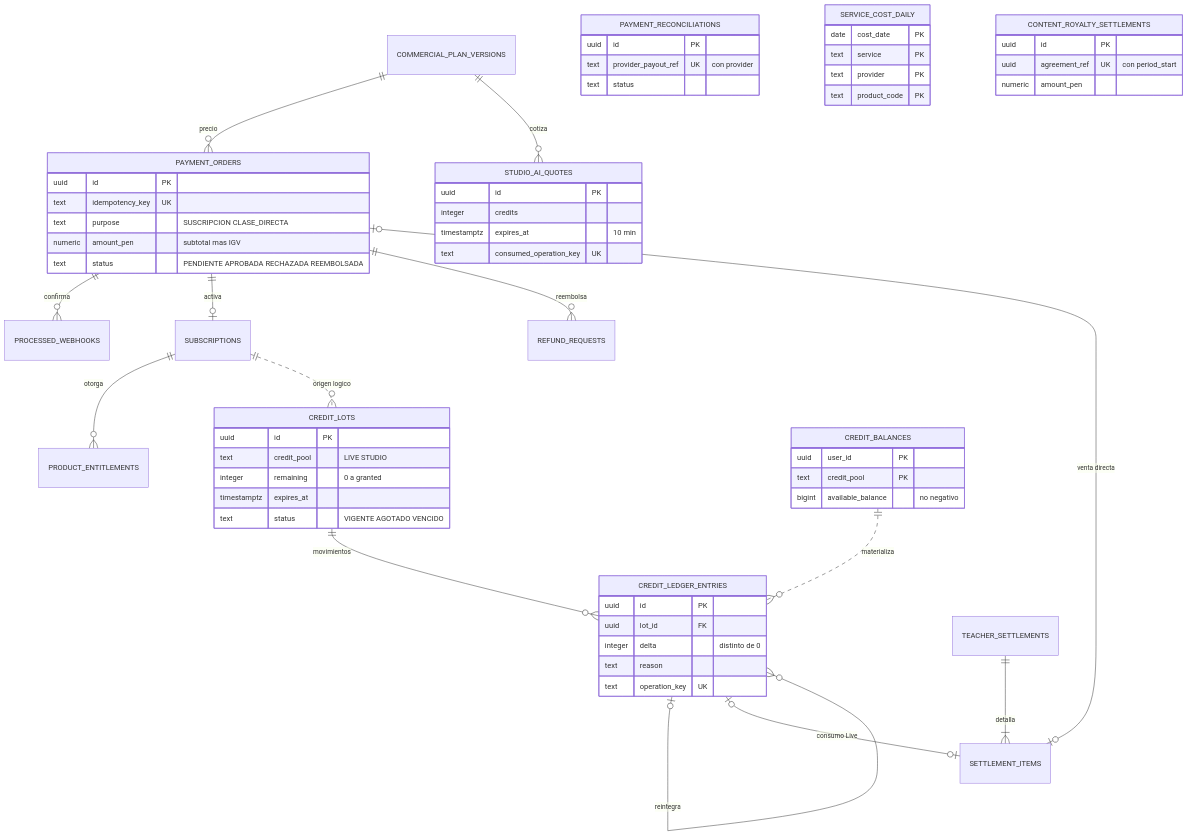
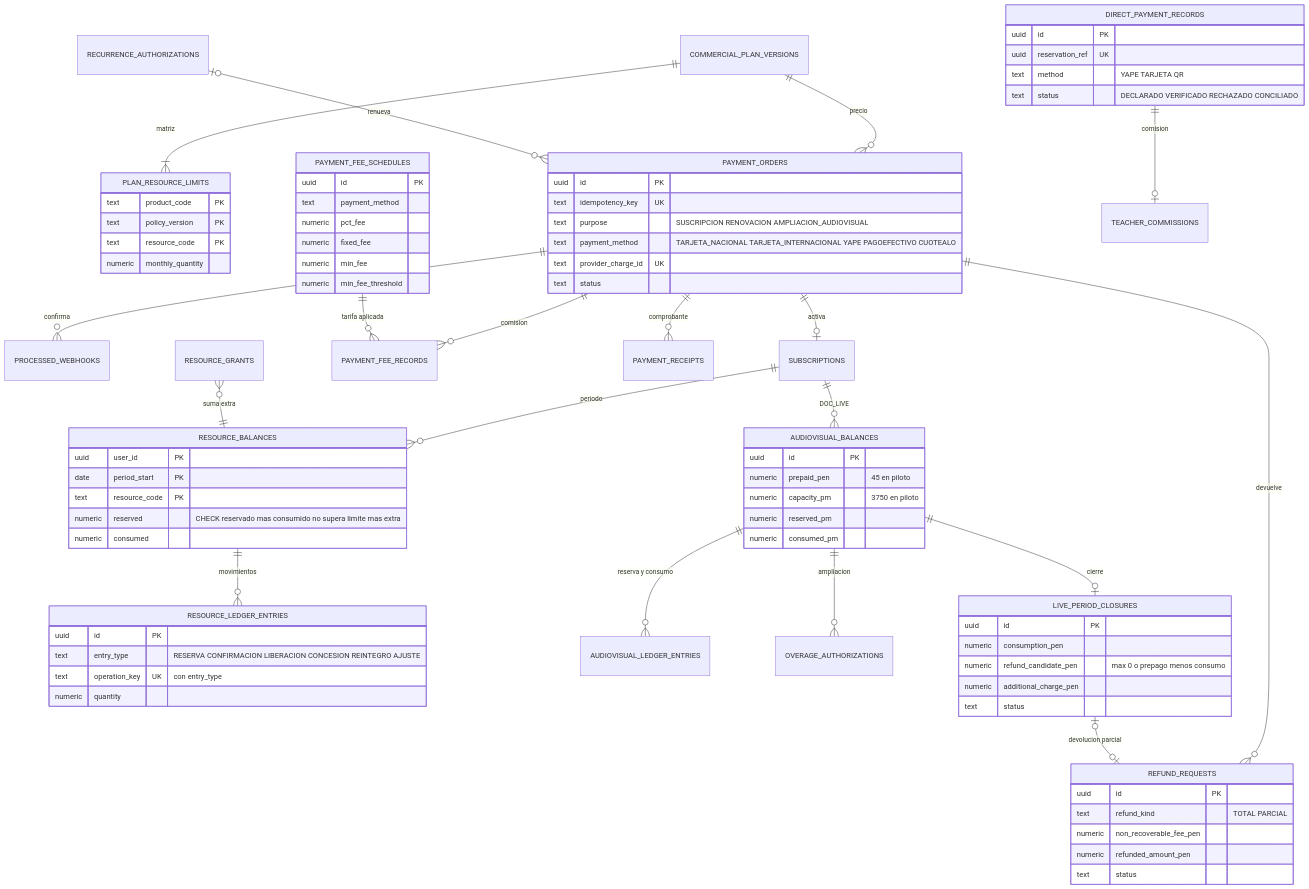
The seventh of 11 diagrams in docs/03-diseño-de-software/diseño-externo/01-diseño-de-persistencia-y-datos.md (100robert/Mentelyx), drawn with Mermaid before and after one commit. The commit also changed other lines of this file and 676 other files, not shown here.

````diff
--- a/docs/03-diseño-de-software/diseño-externo/01-diseño-de-persistencia-y-datos.md
+++ b/docs/03-diseño-de-software/diseño-externo/01-diseño-de-persistencia-y-datos.md
@@ -1297,64 +1407,83 @@
 ```mermaid
 erDiagram
+  COMMERCIAL_PLAN_VERSIONS ||--|{ PLAN_RESOURCE_LIMITS : "matriz"
   COMMERCIAL_PLAN_VERSIONS ||--o{ PAYMENT_ORDERS : "precio"
   PAYMENT_ORDERS ||--o{ PROCESSED_WEBHOOKS : "confirma"
   PAYMENT_ORDERS ||--o| SUBSCRIPTIONS : "activa"
-  SUBSCRIPTIONS ||--o{ PRODUCT_ENTITLEMENTS : "otorga"
-  PAYMENT_ORDERS ||--o{ REFUND_REQUESTS : "reembolsa"
-  SUBSCRIPTIONS ||..o{ CREDIT_LOTS : "origen logico"
-  CREDIT_LOTS ||--o{ CREDIT_LEDGER_ENTRIES : "movimientos"
-  CREDIT_BALANCES ||..o{ CREDIT_LEDGER_ENTRIES : "materializa"
-  CREDIT_LEDGER_ENTRIES |o--o{ CREDIT_LEDGER_ENTRIES : "reintegra"
-  COMMERCIAL_PLAN_VERSIONS ||--o{ STUDIO_AI_QUOTES : "cotiza"
-  TEACHER_SETTLEMENTS ||--|{ SETTLEMENT_ITEMS : "detalla"
-  CREDIT_LEDGER_ENTRIES |o--o| SETTLEMENT_ITEMS : "consumo Live"
-  PAYMENT_ORDERS |o--o| SETTLEMENT_ITEMS : "venta directa"
+  PAYMENT_ORDERS ||--o{ PAYMENT_FEE_RECORDS : "comision"
+  PAYMENT_FEE_SCHEDULES ||--o{ PAYMENT_FEE_RECORDS : "tarifa aplicada"
+  PAYMENT_ORDERS ||--o{ PAYMENT_RECEIPTS : "comprobante"
+  PAYMENT_ORDERS ||--o{ REFUND_REQUESTS : "devuelve"
+  RECURRENCE_AUTHORIZATIONS |o--o{ PAYMENT_ORDERS : "renueva"
+  SUBSCRIPTIONS ||--o{ RESOURCE_BALANCES : "periodo"
+  RESOURCE_BALANCES ||--o{ RESOURCE_LEDGER_ENTRIES : "movimientos"
+  RESOURCE_GRANTS }o--|| RESOURCE_BALANCES : "suma extra"
+  SUBSCRIPTIONS ||--o{ AUDIOVISUAL_BALANCES : "DOC_LIVE"
+  AUDIOVISUAL_BALANCES ||--o{ AUDIOVISUAL_LEDGER_ENTRIES : "reserva y consumo"
+  AUDIOVISUAL_BALANCES ||--o{ OVERAGE_AUTHORIZATIONS : "ampliacion"
+  AUDIOVISUAL_BALANCES ||--o| LIVE_PERIOD_CLOSURES : "cierre"
+  LIVE_PERIOD_CLOSURES |o--o| REFUND_REQUESTS : "devolucion parcial"
+  DIRECT_PAYMENT_RECORDS ||--o| TEACHER_COMMISSIONS : "comision"
+  PLAN_RESOURCE_LIMITS {
+    text product_code PK
+    text policy_version PK
+    text resource_code PK
+    numeric monthly_quantity
+  }
+  RESOURCE_BALANCES {
+    uuid user_id PK
+    date period_start PK
+    text resource_code PK
+    numeric reserved "CHECK reservado mas consumido no supera limite mas extra"
+    numeric consumed
+  }
+  RESOURCE_LEDGER_ENTRIES {
+    uuid id PK
+    text entry_type "RESERVA CONFIRMACION LIBERACION CONCESION REINTEGRO AJUSTE"
+    text operation_key UK "con entry_type"
+    numeric quantity
+  }
+  AUDIOVISUAL_BALANCES {
+    uuid id PK
+    numeric prepaid_pen "45 en piloto"
+    numeric capacity_pm "3750 en piloto"
+    numeric reserved_pm
+    numeric consumed_pm
+  }
+  LIVE_PERIOD_CLOSURES {
+    uuid id PK
+    numeric consumption_pen
+    numeric refund_candidate_pen "max 0 o prepago menos consumo"
+    numeric additional_charge_pen
+    text status
+  }
   PAYMENT_ORDERS {
     uuid id PK
     text idempotency_key UK
-    text purpose "SUSCRIPCION CLASE_DIRECTA"
-    numeric amount_pen "subtotal mas IGV"
-    text status "PENDIENTE APROBADA RECHAZADA REEMBOLSADA"
-  }
-  CREDIT_LOTS {
-    uuid id PK
-    text credit_pool "LIVE STUDIO"
-    integer remaining "0 a granted"
-    timestamptz expires_at
-    text status "VIGENTE AGOTADO VENCIDO"
-  }
-  CREDIT_BALANCES {
-    uuid user_id PK
-    text credit_pool PK
-    bigint available_balance "no negativo"
-  }
-  CREDIT_LEDGER_ENTRIES {
-    uuid id PK
-    uuid lot_id FK
-    integer delta "distinto de 0"
-    text reason
-    text operation_key UK
-  }
-  STUDIO_AI_QUOTES {
-    uuid id PK
-    integer credits
-    timestamptz expires_at "10 min"
-    text consumed_operation_key UK
-  }
-  PAYMENT_RECONCILIATIONS {
-    uuid id PK
-    text provider_payout_ref UK "con provider"
+    text purpose "SUSCRIPCION RENOVACION AMPLIACION_AUDIOVISUAL"
+    text payment_method "TARJETA_NACIONAL TARJETA_INTERNACIONAL YAPE PAGOEFECTIVO CUOTEALO"
+    text provider_charge_id UK
     text status
   }
-  SERVICE_COST_DAILY {
-    date cost_date PK
-    text service PK
-    text provider PK
-    text product_code PK
+  PAYMENT_FEE_SCHEDULES {
+    uuid id PK
+    text payment_method
+    numeric pct_fee
+    numeric fixed_fee
+    numeric min_fee
+    numeric min_fee_threshold
   }
-  CONTENT_ROYALTY_SETTLEMENTS {
+  REFUND_REQUESTS {
     uuid id PK
-    uuid agreement_ref UK "con period_start"
-    numeric amount_pen
+    text refund_kind "TOTAL PARCIAL"
+    numeric non_recoverable_fee_pen
+    numeric refunded_amount_pen
+    text status
+  }
+  DIRECT_PAYMENT_RECORDS {
+    uuid id PK
+    uuid reservation_ref UK
+    text method "YAPE TARJETA QR"
+    text status "DECLARADO VERIFICADO RECHAZADO CONCILIADO"
   }
 ```
````
